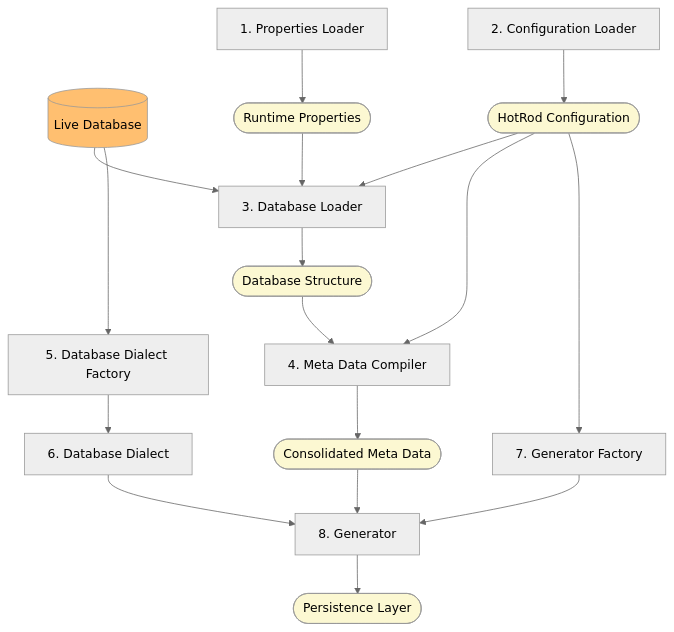
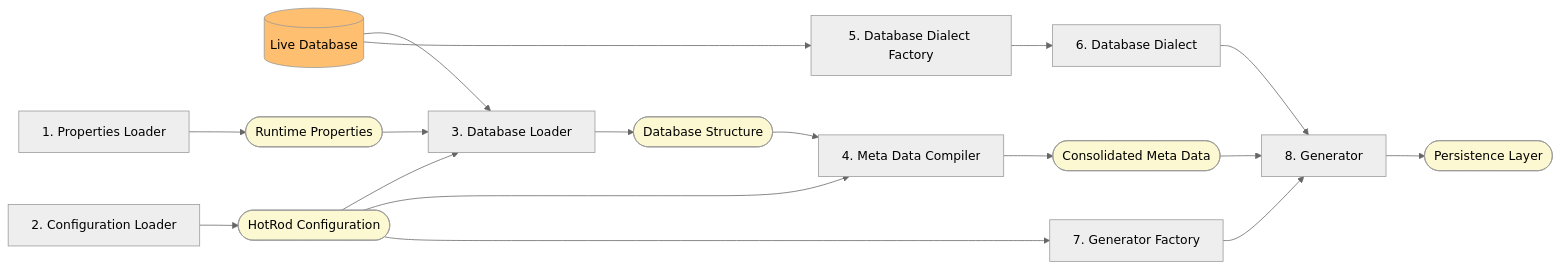
The diagram in hotrod-project/docs/architecture.md (hotrodorm/hotrod), drawn with Mermaid (neutral theme) before and after one commit.

````diff
--- a/hotrod-project/docs/architecture.md
+++ b/hotrod-project/docs/architecture.md
@@ -17,34 +17,34 @@
 ```mermaid
-graph TD;
+graph LR;
 
 G[(Live Database)];
 
 A[1. Properties Loader] --> B([Runtime Properties]);
 style B fill:#fcf8d2
 
 B --> F[3. Database Loader];
 G --> F;
 style G fill:#ffbf70
 C[2. Configuration Loader] --> D([HotRod Configuration]);
 style D fill:#fcf8d2
 D --> F;
 F --> E([Database Structure]);
 style E fill:#fcf8d2
 
 G --> M;
 
 E --> H[4. Meta Data Compiler];
 D --> H;
 H --> I([Consolidated Meta Data]);
 style I fill:#fcf8d2
 
 D --> J[7. Generator Factory];
 J --> K[8. Generator];
 I --> K;
 K --> L([Persistence Layer]);
 style L fill:#fcf8d2
 
 M[5. Database Dialect Factory] --> N[6. Database Dialect];
 N --> K;
 
 ```
````
